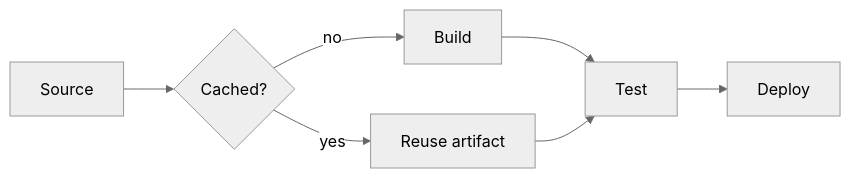
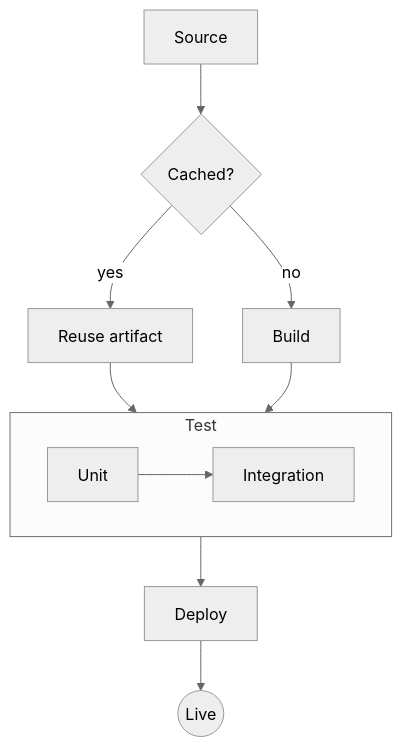
One commit to avnat/orchid changed the diagram in sample/showcase.md. Above: the diagram before and after it, drawn with Mermaid (neutral theme). The commit also changed 3 other files, not shown here.

First line of the commit message:
docs: richer demo diagram + stronger screenshots

````diff
--- a/sample/showcase.md
+++ b/sample/showcase.md
@@ -18,9 +18,14 @@
 ```mermaid
-flowchart LR
+flowchart TD
   A[Source] --> B{Cached?}
   B -->|yes| C[Reuse artifact]
   B -->|no| D[Build]
-  D --> E[Test]
-  C --> E
-  E --> F[Deploy]
+  C --> T
+  D --> T
+  subgraph T [Test]
+    direction LR
+    U[Unit] --> I[Integration]
+  end
+  T --> P[Deploy]
+  P --> L((Live))
 ```
````
